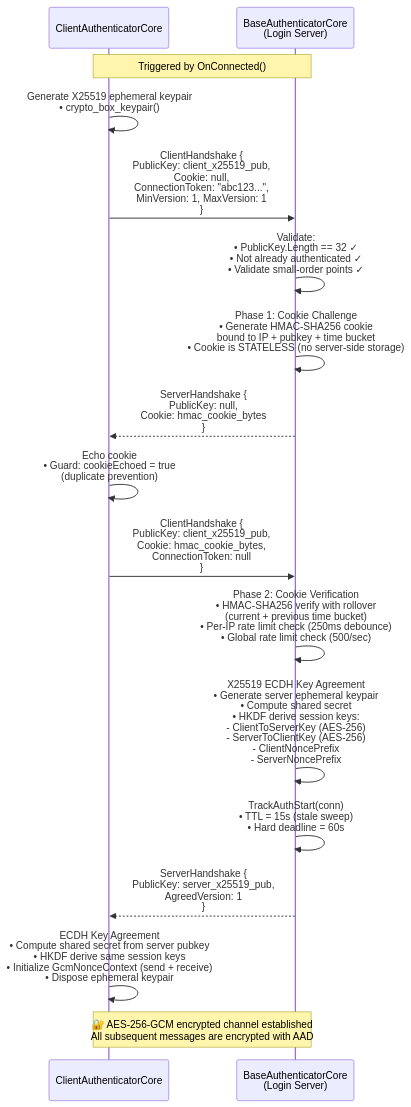
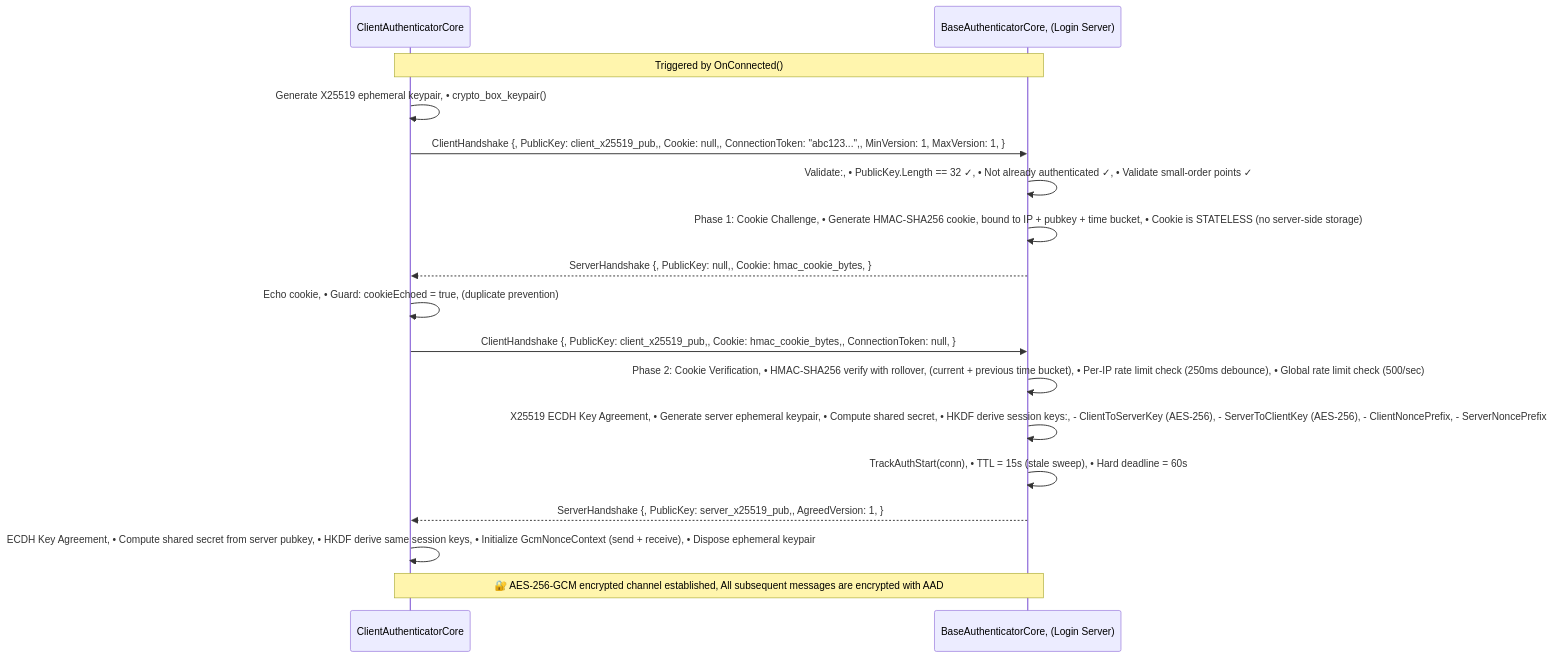
Before and after one commit to jimdroberts/FishMMO: the fourth of 11 diagrams in CONNECTION_PIPELINE.md, drawn with Mermaid. The commit also changed other lines of this file, not shown here.

````diff
--- a/CONNECTION_PIPELINE.md
+++ b/CONNECTION_PIPELINE.md
@@ -194,33 +194,33 @@
 ```mermaid
 sequenceDiagram
     participant Client as ClientAuthenticatorCore
-    participant Server as BaseAuthenticatorCore<br/>(Login Server)
+    participant Server as BaseAuthenticatorCore, (Login Server)
 
     Note over Client,Server: Triggered by OnConnected()
 
-    Client->>Client: Generate X25519 ephemeral keypair<br/>• crypto_box_keypair()
+    Client->>Client: Generate X25519 ephemeral keypair, • crypto_box_keypair()
 
-    Client->>Server: ClientHandshake {<br/>  PublicKey: client_x25519_pub,<br/>  Cookie: null,<br/>  ConnectionToken: "abc123...",<br/>  MinVersion: 1, MaxVersion: 1<br/>}
+    Client->>Server: ClientHandshake {,   PublicKey: client_x25519_pub,,   Cookie: null,,   ConnectionToken: "abc123...",,   MinVersion: 1, MaxVersion: 1, }
 
-    Server->>Server: Validate:<br/>• PublicKey.Length == 32 ✓<br/>• Not already authenticated ✓<br/>• Validate small-order points ✓
+    Server->>Server: Validate:, • PublicKey.Length == 32 ✓, • Not already authenticated ✓, • Validate small-order points ✓
 
-    Server->>Server: Phase 1: Cookie Challenge<br/>• Generate HMAC-SHA256 cookie<br/>  bound to IP + pubkey + time bucket<br/>• Cookie is STATELESS (no server-side storage)
+    Server->>Server: Phase 1: Cookie Challenge, • Generate HMAC-SHA256 cookie,   bound to IP + pubkey + time bucket, • Cookie is STATELESS (no server-side storage)
 
-    Server-->>Client: ServerHandshake {<br/>  PublicKey: null,<br/>  Cookie: hmac_cookie_bytes<br/>}
+    Server-->>Client: ServerHandshake {,   PublicKey: null,,   Cookie: hmac_cookie_bytes, }
 
-    Client->>Client: Echo cookie<br/>• Guard: cookieEchoed = true<br/>(duplicate prevention)
+    Client->>Client: Echo cookie, • Guard: cookieEchoed = true, (duplicate prevention)
 
-    Client->>Server: ClientHandshake {<br/>  PublicKey: client_x25519_pub,<br/>  Cookie: hmac_cookie_bytes,<br/>  ConnectionToken: null<br/>}
+    Client->>Server: ClientHandshake {,   PublicKey: client_x25519_pub,,   Cookie: hmac_cookie_bytes,,   ConnectionToken: null, }
 
-    Server->>Server: Phase 2: Cookie Verification<br/>• HMAC-SHA256 verify with rollover<br/>  (current + previous time bucket)<br/>• Per-IP rate limit check (250ms debounce)<br/>• Global rate limit check (500/sec)
+    Server->>Server: Phase 2: Cookie Verification, • HMAC-SHA256 verify with rollover,   (current + previous time bucket), • Per-IP rate limit check (250ms debounce), • Global rate limit check (500/sec)
 
-    Server->>Server: X25519 ECDH Key Agreement<br/>• Generate server ephemeral keypair<br/>• Compute shared secret<br/>• HKDF derive session keys:<br/>  - ClientToServerKey (AES-256)<br/>  - ServerToClientKey (AES-256)<br/>  - ClientNoncePrefix<br/>  - ServerNoncePrefix
+    Server->>Server: X25519 ECDH Key Agreement, • Generate server ephemeral keypair, • Compute shared secret, • HKDF derive session keys:,   - ClientToServerKey (AES-256),   - ServerToClientKey (AES-256),   - ClientNoncePrefix,   - ServerNoncePrefix
 
-    Server->>Server: TrackAuthStart(conn)<br/>• TTL = 15s (stale sweep)<br/>• Hard deadline = 60s
+    Server->>Server: TrackAuthStart(conn), • TTL = 15s (stale sweep), • Hard deadline = 60s
 
-    Server-->>Client: ServerHandshake {<br/>  PublicKey: server_x25519_pub,<br/>  AgreedVersion: 1<br/>}
+    Server-->>Client: ServerHandshake {,   PublicKey: server_x25519_pub,,   AgreedVersion: 1, }
 
-    Client->>Client: ECDH Key Agreement<br/>• Compute shared secret from server pubkey<br/>• HKDF derive same session keys<br/>• Initialize GcmNonceContext (send + receive)<br/>• Dispose ephemeral keypair
+    Client->>Client: ECDH Key Agreement, • Compute shared secret from server pubkey, • HKDF derive same session keys, • Initialize GcmNonceContext (send + receive), • Dispose ephemeral keypair
 
-    Note over Client,Server: 🔐 AES-256-GCM encrypted channel established<br/>All subsequent messages are encrypted with AAD
+    Note over Client,Server: 🔐 AES-256-GCM encrypted channel established, All subsequent messages are encrypted with AAD
 ```
````
